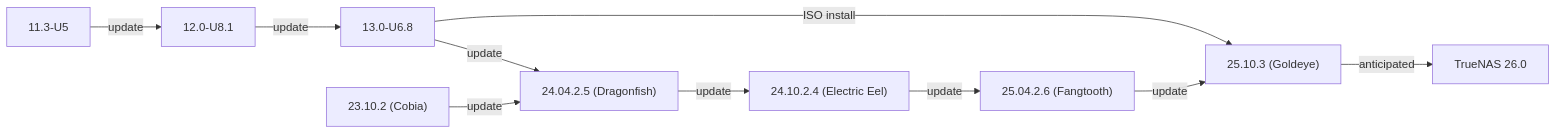
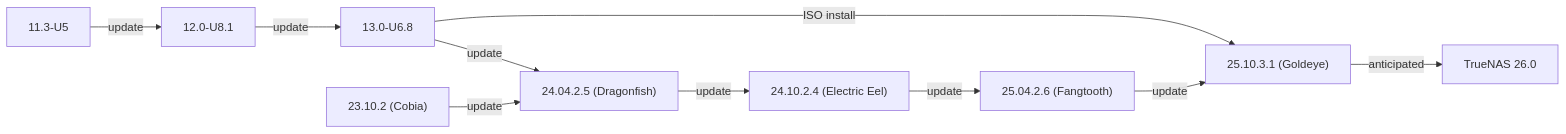
The second of 2 diagrams in static/includes/SCALEUpgradePaths.md (truenas/documentation), drawn with Mermaid before and after one commit. The commit also changed other lines of this file, not shown here.

```diff
--- a/static/includes/SCALEUpgradePaths.md
+++ b/static/includes/SCALEUpgradePaths.md
@@ -53,13 +53,13 @@
             {{< mermaid class="mermaid_sizing" >}}
             flowchart LR
               A["11.3-U5"] -->|update| B
               B["12.0-U8.1"] -->|update| C
               C["13.0-U6.8"] -->|ISO install| H
               C -->|update| E
               D["23.10.2 (Cobia)"] -->|update| E
               E["24.04.2.5 (Dragonfish)"]  -->|update| F
               F["24.10.2.4 (Electric Eel)"] -->|update| G
               G["25.04.2.6 (Fangtooth)"] -->|update| H
-              H["25.10.3 (Goldeye)"] -->|"anticipated"| I
+              H["25.10.3.1 (Goldeye)"] -->|"anticipated"| I
               I["TrueNAS 26.0"]
             {{< /mermaid >}}
```
